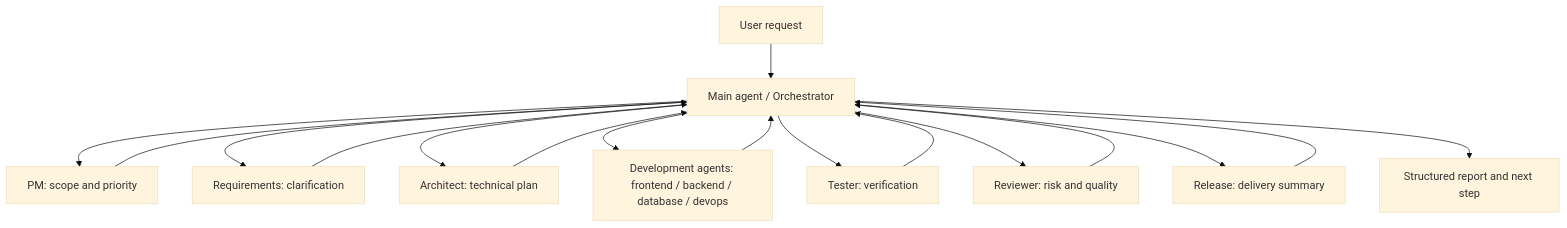
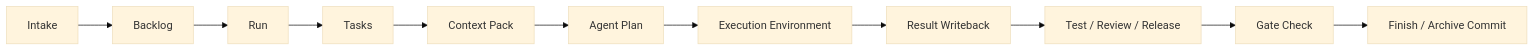
One commit to benforge/crewup-harness changed the second of 2 diagrams in README.en.md. Above: the diagram before and after it, drawn with Mermaid (base theme). The commit also changed other lines of this file and 45 other files, not shown here.

````diff
--- a/README.en.md
+++ b/README.en.md
@@ -147,19 +83,13 @@
 ```mermaid
-flowchart TB
-  User["User request"] --> Main["Main agent / Orchestrator"]
-  Main --> PM["PM: scope and priority"]
-  Main --> Req["Requirements: clarification"]
-  Main --> Arch["Architect: technical plan"]
-  Main --> Dev["Development agents: frontend / backend / database / devops"]
-  Main --> Test["Tester: verification"]
-  Main --> Review["Reviewer: risk and quality"]
-  Main --> Release["Release: delivery summary"]
-  PM --> Main
-  Req --> Main
-  Arch --> Main
-  Dev --> Main
-  Test --> Main
-  Review --> Main
-  Release --> Main
-  Main --> Report["Structured report and next step"]
+flowchart LR
+  A["Intake"] --> B["Backlog"]
+  B --> C["Run"]
+  C --> D["Tasks"]
+  D --> E["Context Pack"]
+  E --> F["Agent Plan"]
+  F --> G["Execution Environment"]
+  G --> H["Result Writeback"]
+  H --> I["Test / Review / Release"]
+  I --> J["Gate Check"]
+  J --> K["Finish / Archive Commit"]
 ```
````
